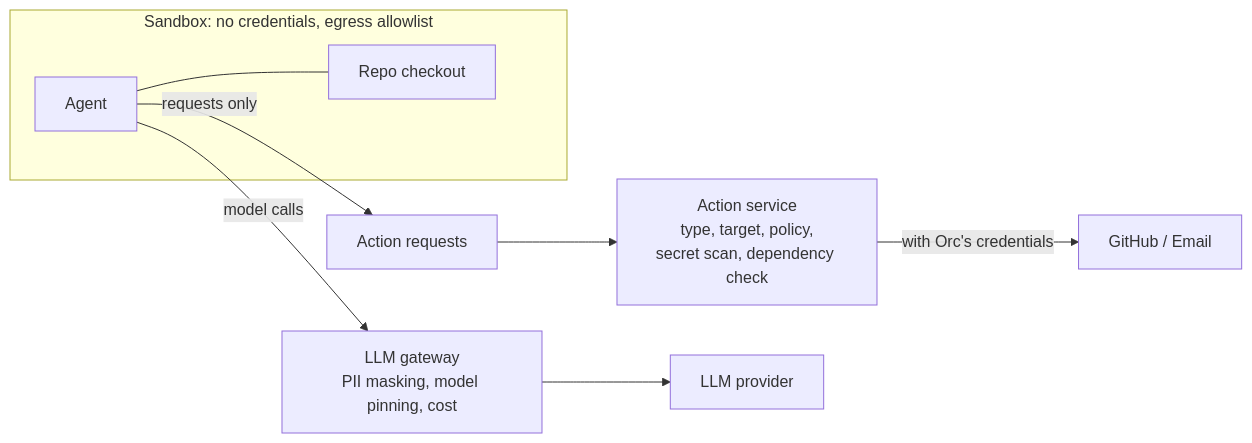
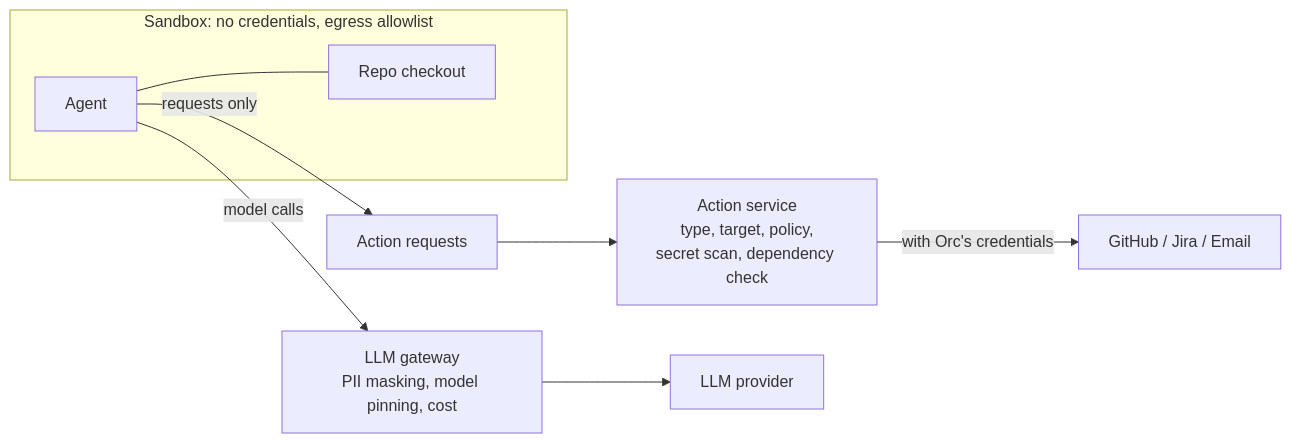
Before and after one commit to joshevensen/orc: the third of 4 diagrams in docs/architecture.md, drawn with Mermaid. The commit also changed other lines of this file and 6 other files, not shown here.

First line of the commit message:
Add issue-tracker-jira alongside GitHub Issues

````diff
--- a/docs/architecture.md
+++ b/docs/architecture.md
@@ -170,16 +176,16 @@
 ```mermaid
 flowchart LR
   subgraph SB["Sandbox: no credentials, egress allowlist"]
     AG[Agent]
     REPO[Repo checkout]
     AG --- REPO
   end
   GW[LLM gateway<br/>PII masking, model pinning, cost]
   REQ[Action requests]
   AS[Action service<br/>type, target, policy,<br/>secret scan, dependency check]
-  EXT[GitHub / Email]
+  EXT[GitHub / Jira / Email]
   BR[LLM provider]
 
   AG -- model calls --> GW --> BR
   AG -- requests only --> REQ --> AS -- with Orc's credentials --> EXT
 ```
````
